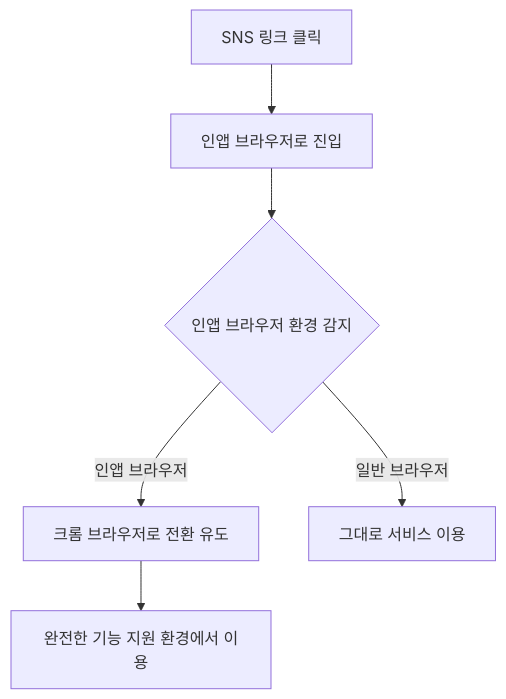
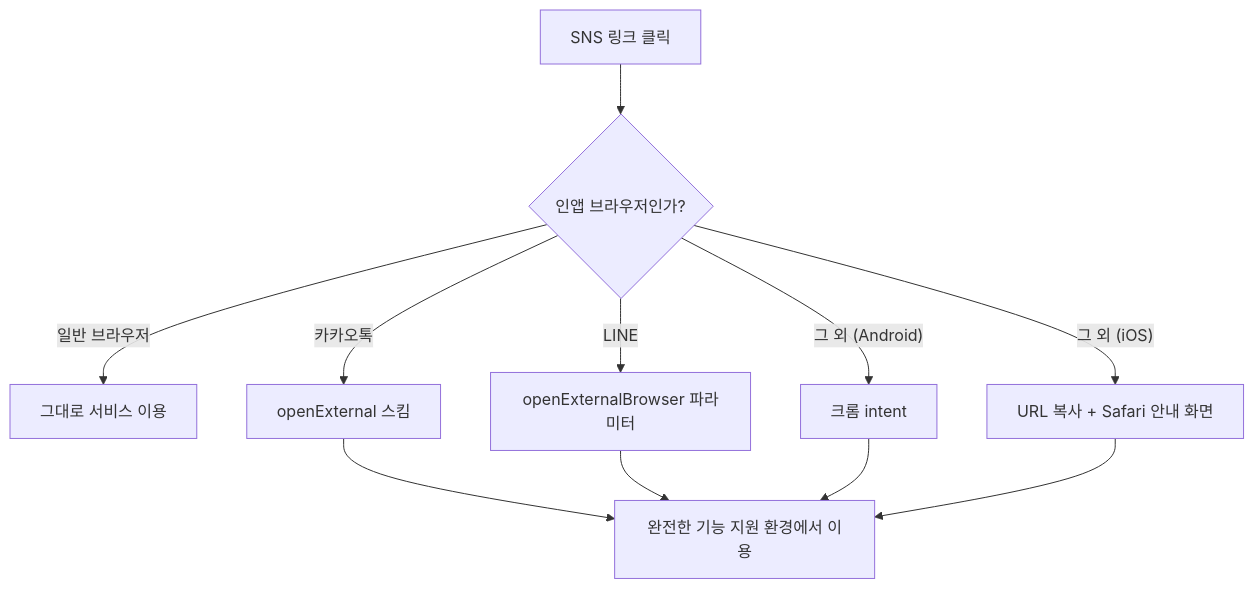
Before and after one commit to codefug/codefug.github.io: the first of 2 diagrams in markdown/2024-12-25-project/ko/content.mdx, drawn with Mermaid. The commit also changed other lines of this file, not shown here.

First line of the commit message:
docs: 순록의 편지 글의 인앱 브라우저 서술을 실제 구현대로 고친다

````diff
--- a/markdown/2024-12-25-project/ko/content.mdx
+++ b/markdown/2024-12-25-project/ko/content.mdx
@@ -71,8 +75,13 @@
 ```mermaid
 flowchart TD
-  A["SNS 링크 클릭"] --> B["인앱 브라우저로 진입"]
-  B --> C{"인앱 브라우저 환경 감지"}
-  C -->|"인앱 브라우저"| D["크롬 브라우저로 전환 유도"]
-  C -->|"일반 브라우저"| E["그대로 서비스 이용"]
-  D --> F["완전한 기능 지원 환경에서 이용"]
+  A["SNS 링크 클릭"] --> B{"인앱 브라우저인가?"}
+  B -->|"일반 브라우저"| E["그대로 서비스 이용"]
+  B -->|"카카오톡"| C1["openExternal 스킴"]
+  B -->|"LINE"| C2["openExternalBrowser 파라미터"]
+  B -->|"그 외 (Android)"| C3["크롬 intent"]
+  B -->|"그 외 (iOS)"| C4["URL 복사 + Safari 안내 화면"]
+  C1 --> F["완전한 기능 지원 환경에서 이용"]
+  C2 --> F
+  C3 --> F
+  C4 --> F
 ```
````
